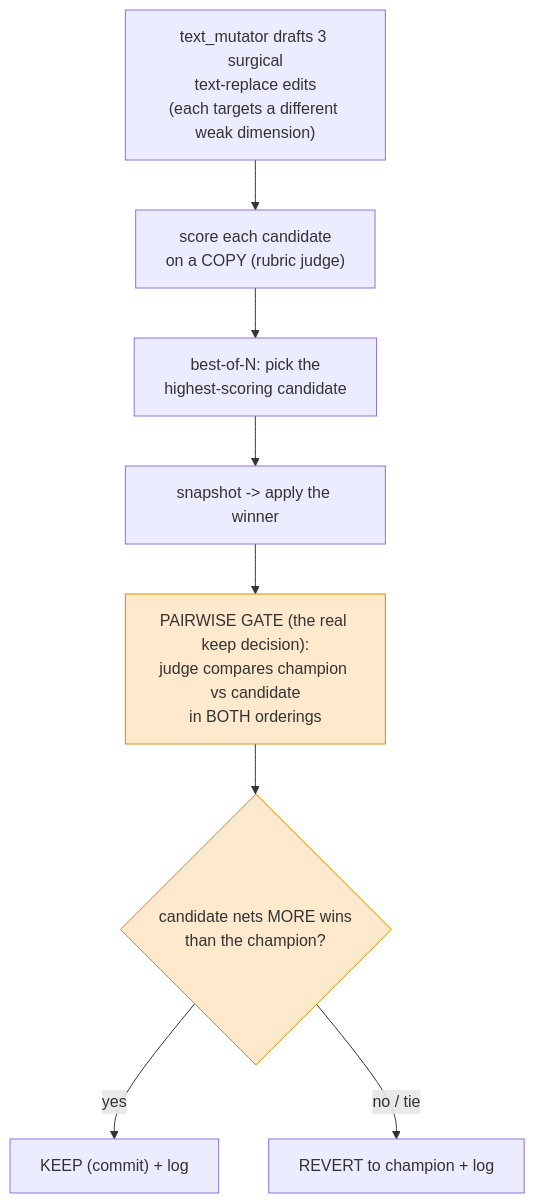
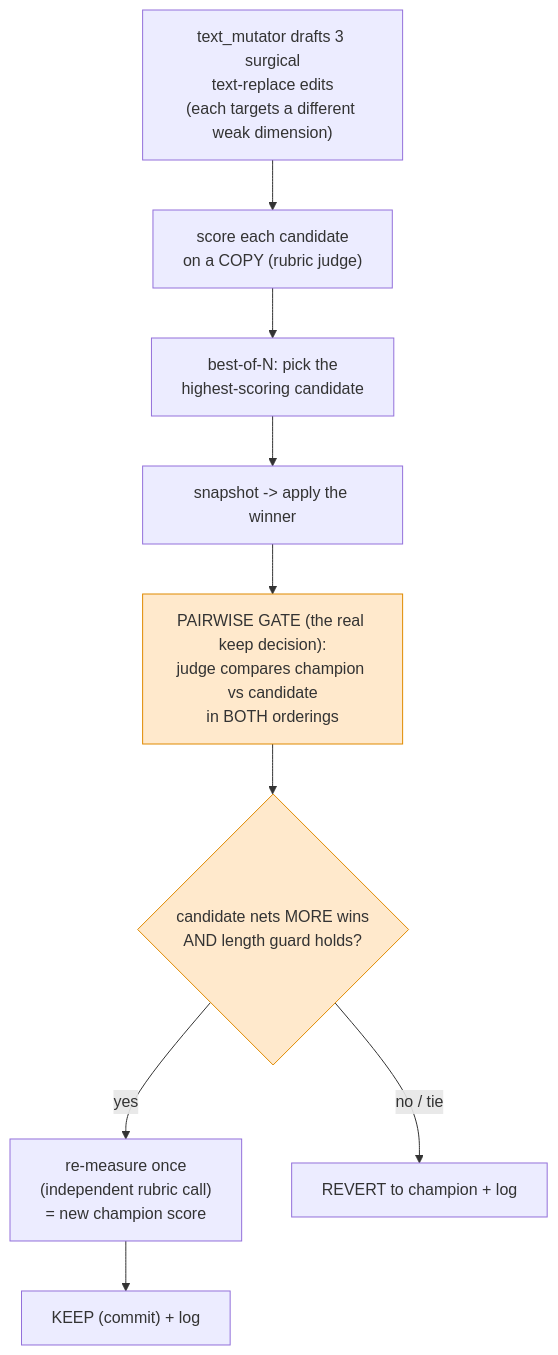
One commit to MatrixFounder/Universal-skills changed the sixth of 12 diagrams in docs/Manuals/skill-auto-improve_manual.md. Above: the diagram before and after it, drawn with Mermaid. The commit also changed other lines of this file and 33 other files, not shown here.

````diff
--- a/docs/Manuals/skill-auto-improve_manual.md
+++ b/docs/Manuals/skill-auto-improve_manual.md
@@ -723,12 +850,13 @@
 ```mermaid
 flowchart TD
     M["text_mutator drafts 3 surgical<br/>text-replace edits<br/>(each targets a different weak dimension)"] --> SC["score each candidate<br/>on a COPY (rubric judge)"]
     SC --> B["best-of-N: pick the<br/>highest-scoring candidate"]
     B --> AP["snapshot -> apply the winner"]
     AP --> GATE["PAIRWISE GATE (the real keep decision):<br/>judge compares champion vs candidate<br/>in BOTH orderings"]
-    GATE --> Q{"candidate nets MORE wins<br/>than the champion?"}
-    Q -- yes --> K["KEEP (commit) + log"]
+    GATE --> Q{"candidate nets MORE wins<br/>AND length guard holds?"}
+    Q -- yes --> RM["re-measure once<br/>(independent rubric call)<br/>= new champion score"]
+    RM --> K["KEEP (commit) + log"]
     Q -- "no / tie" --> R["REVERT to champion + log"]
     classDef hot fill:#ffe9cc,stroke:#e08a00;
     class GATE,Q hot;
 ```
````
